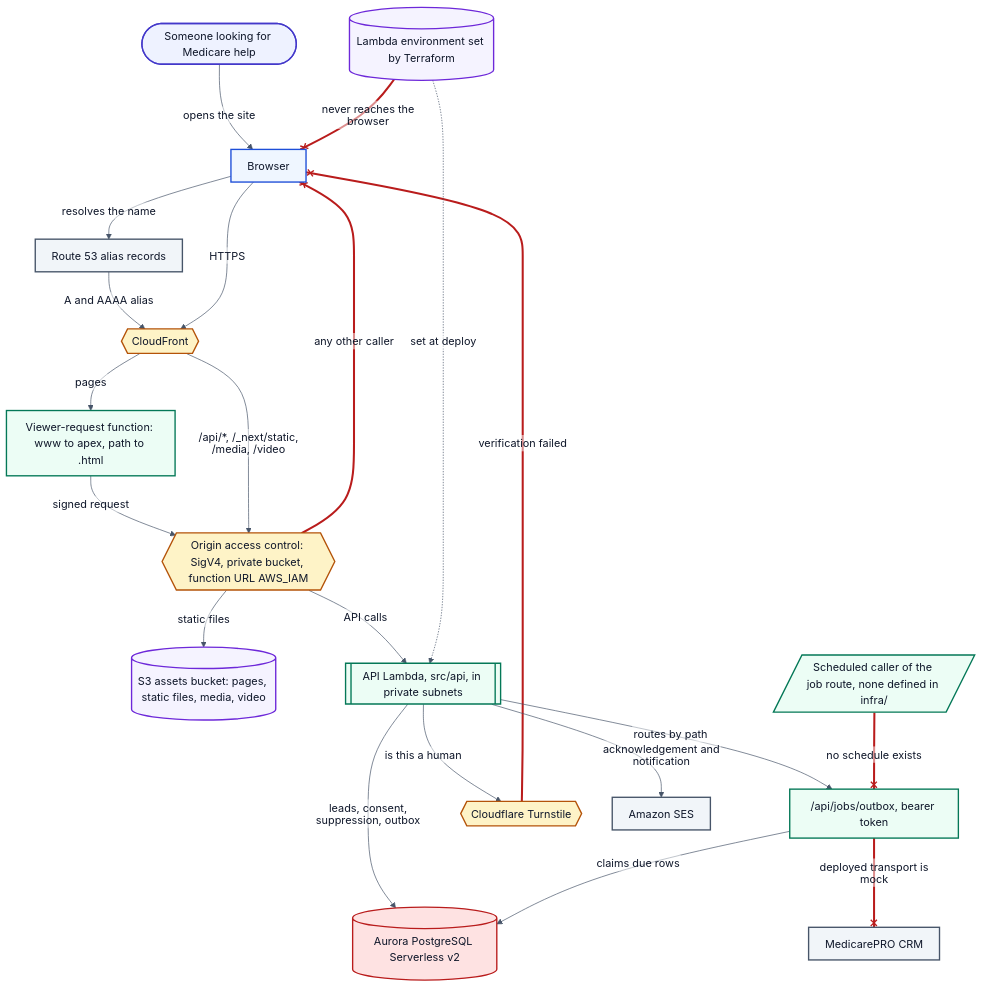
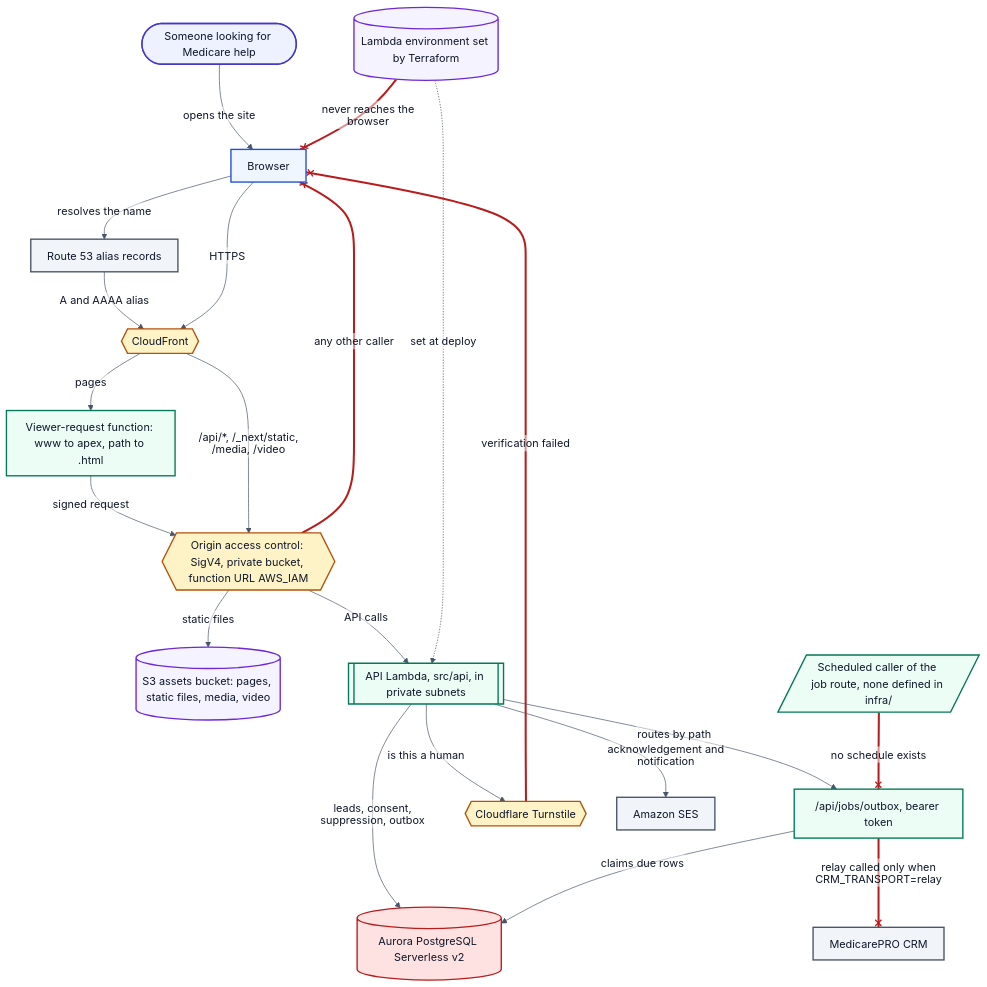
Before and after one commit to marc-mccarthy/legacy-benefits-mn: the second of 8 diagrams in docs/diagrams/SOURCES.md, drawn with Mermaid. The commit also changed other lines of this file and 17 other files, not shown here.

Commit message:
feat(crm): relay transport replaces webhook and zapier

````diff
--- a/docs/diagrams/SOURCES.md
+++ b/docs/diagrams/SOURCES.md
@@ -89,80 +89,80 @@
 ```mermaid
 %%{init: {"theme":"base","themeVariables":{"fontFamily":"Helvetica Neue, Helvetica, Arial, sans-serif","fontSize":"16px","textColor":"#0F172A","background":"#FFFFFF","lineColor":"#475569","mainBkg":"#EFF6FF","nodeBorder":"#1D4ED8","primaryColor":"#EFF6FF","primaryBorderColor":"#1D4ED8","primaryTextColor":"#0F172A","secondaryColor":"#F1F5F9","secondaryBorderColor":"#475569","secondaryTextColor":"#0F172A","tertiaryColor":"#F8FAFC","tertiaryBorderColor":"#CBD5E1","tertiaryTextColor":"#0F172A","clusterBkg":"#F8FAFC","clusterBorder":"#CBD5E1","edgeLabelBackground":"#FFFFFF","actorBkg":"#EEF2FF","actorBorder":"#4338CA","actorTextColor":"#0F172A","signalColor":"#475569","signalTextColor":"#0F172A","noteBkgColor":"#FEF3C7","noteBorderColor":"#B45309","noteTextColor":"#0F172A","activationBkgColor":"#ECFDF5","activationBorderColor":"#047857","labelBoxBkgColor":"#FEF3C7","labelBoxBorderColor":"#B45309","sequenceNumberColor":"#FFFFFF"},"flowchart":{"htmlLabels":false,"curve":"basis","nodeSpacing":45,"rankSpacing":60,"padding":12},"sequence":{"useMaxWidth":false,"htmlLabels":false,"mirrorActors":false,"wrap":true,"width":190}}}%%
 flowchart TB
 accTitle: How a visitor reaches the site and where their answer comes from
 accDescr {
   A top-to-bottom map of one visit. Someone looking for Medicare help opens the
   site in a browser. The name resolves through Route 53 to CloudFront, which is the
   only way in. A viewer-request function redirects www to the apex host and maps a
   path such as /services to /services.html. Pages, /_next/static, /media and /video
   are read from a private S3 bucket; /api/* goes to the API Lambda function URL
   with caching disabled. Both origins sit behind origin access control: requests are
   signed with SigV4, the bucket policy admits only this distribution, and the
   function URL uses AWS_IAM authorization, so neither can be called directly. The
   API Lambda runs in private subnets and talks to Aurora PostgreSQL Serverless v2,
   whose security group admits only the Lambda's security group on 5432. It writes
   lead, Scope of Appointment and do-not-contact records there. Two outbound
   dependencies sit to the side: Cloudflare Turnstile verifies that a form submitter
   is human, and SES sends the acknowledgement and the agency notification when a
   sender address is configured. The MedicarePRO CRM is never called during the
-  visitor's request. The job route that would deliver to it needs a bearer token,
-  nothing in infra/ schedules a caller, and the deployed function sets
-  CRM_TRANSPORT to mock, so nothing is sent. The Lambda's environment, including
+  visitor's request. The job route that would deliver to it needs a bearer token
+  and nothing in infra/ schedules a caller. It reaches the CRM through the relay
+  only when CRM_TRANSPORT=relay, and otherwise sends nothing. The Lambda's environment, including
   the database password, the PAYLOAD_SECRET salt and the job token, is generated and
   set by Terraform and never reaches the browser.
 }
 
 visitor([Someone looking for Medicare help])
 browser[Browser]
 dns[Route 53 alias records]
 edge{{CloudFront}}
 rewrite["Viewer-request function: www to apex, path to .html"]
 oac{{"Origin access control: SigV4, private bucket, function URL AWS_IAM"}}
 bucket[("S3 assets bucket: pages, static files, media, video")]
 api[["API Lambda, src/api, in private subnets"]]
 jobRoute["/api/jobs/outbox, bearer token"]
 db[("Aurora PostgreSQL Serverless v2")]
 turnstile{{Cloudflare Turnstile}}
 ses[Amazon SES]
 crm[MedicarePRO CRM]
 trigger[/"Scheduled caller of the job route, none defined in infra/"/]
 lambdaEnv[("Lambda environment set by Terraform")]
 
 visitor -->|opens the site| browser
 browser -->|resolves the name| dns
 dns -->|A and AAAA alias| edge
 browser -->|HTTPS| edge
 edge -->|pages| rewrite
 rewrite -->|signed request| oac
 edge -->|/api/*, /_next/static, /media, /video| oac
 oac -->|static files| bucket
 oac -->|API calls| api
 oac --x|any other caller| browser
 api -->|leads, consent, suppression, outbox| db
 api -->|is this a human| turnstile
 turnstile --x|verification failed| browser
 api -->|acknowledgement and notification| ses
 api -->|routes by path| jobRoute
 trigger --x|no schedule exists| jobRoute
 jobRoute -->|claims due rows| db
-jobRoute --x|deployed transport is mock| crm
+jobRoute --x|relay called only when CRM_TRANSPORT=relay| crm
 lambdaEnv -.->|set at deploy| api
 lambdaEnv --x|never reaches the browser| browser
 
 classDef human    fill:#EEF2FF,stroke:#4338CA,stroke-width:2px,color:#0F172A
 classDef client   fill:#EFF6FF,stroke:#1D4ED8,stroke-width:2px,color:#0F172A
 classDef ours     fill:#ECFDF5,stroke:#047857,stroke-width:2px,color:#0F172A
 classDef guard    fill:#FEF3C7,stroke:#B45309,stroke-width:2px,color:#0F172A
 classDef vendor   fill:#F1F5F9,stroke:#475569,stroke-width:2px,color:#0F172A
 classDef phi      fill:#FEE2E2,stroke:#B91C1C,stroke-width:2px,color:#0F172A
 classDef artifact fill:#F5F3FF,stroke:#6D28D9,stroke-width:2px,color:#0F172A
 
 class visitor human
 class browser client
 class edge,oac,turnstile guard
 class rewrite,api,jobRoute,trigger ours
 class db phi
 class bucket,lambdaEnv artifact
 class dns,ses,crm vendor
 linkStyle 9,12,15,17,19 stroke:#B91C1C,stroke-width:3px
 ```
````
